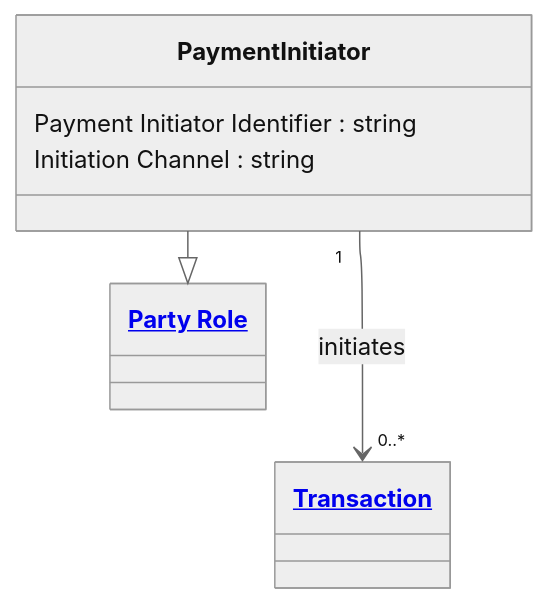
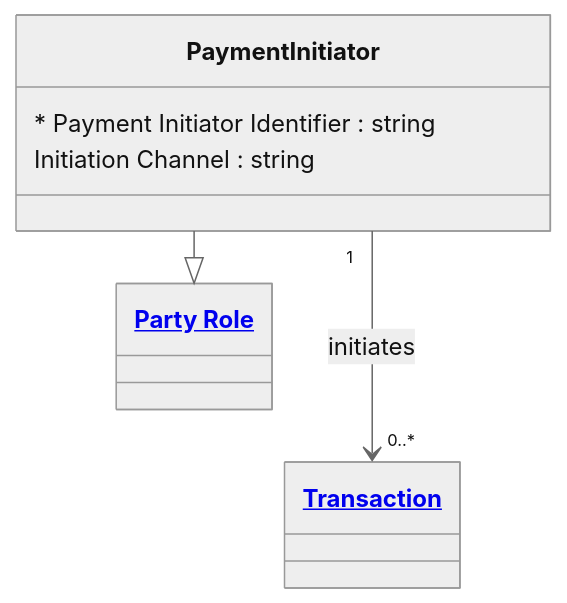
Before and after one commit to Semprini/md-ddl: the diagram in examples/Financial Crime/entities/payment_initiator.md, drawn with Mermaid (neutral theme). The commit also changed 60 other files, not shown here.

````diff
--- a/examples/Financial Crime/entities/payment_initiator.md
+++ b/examples/Financial Crime/entities/payment_initiator.md
@@ -9,17 +9,17 @@
 ```mermaid
 ---
 config:
   layout: elk
 ---
 classDiagram
   class PaymentInitiator{
-    Payment Initiator Identifier : string
+    * Payment Initiator Identifier : string
     Initiation Channel : string
   }
 
   PaymentInitiator --|> PartyRole
   PaymentInitiator "1" --> "0..*" Transaction : initiates
 
   class PartyRole["<a href='party_role.md'>Party Role</a>"]
   class Transaction["<a href='transaction.md'>Transaction</a>"]
 ```
````
